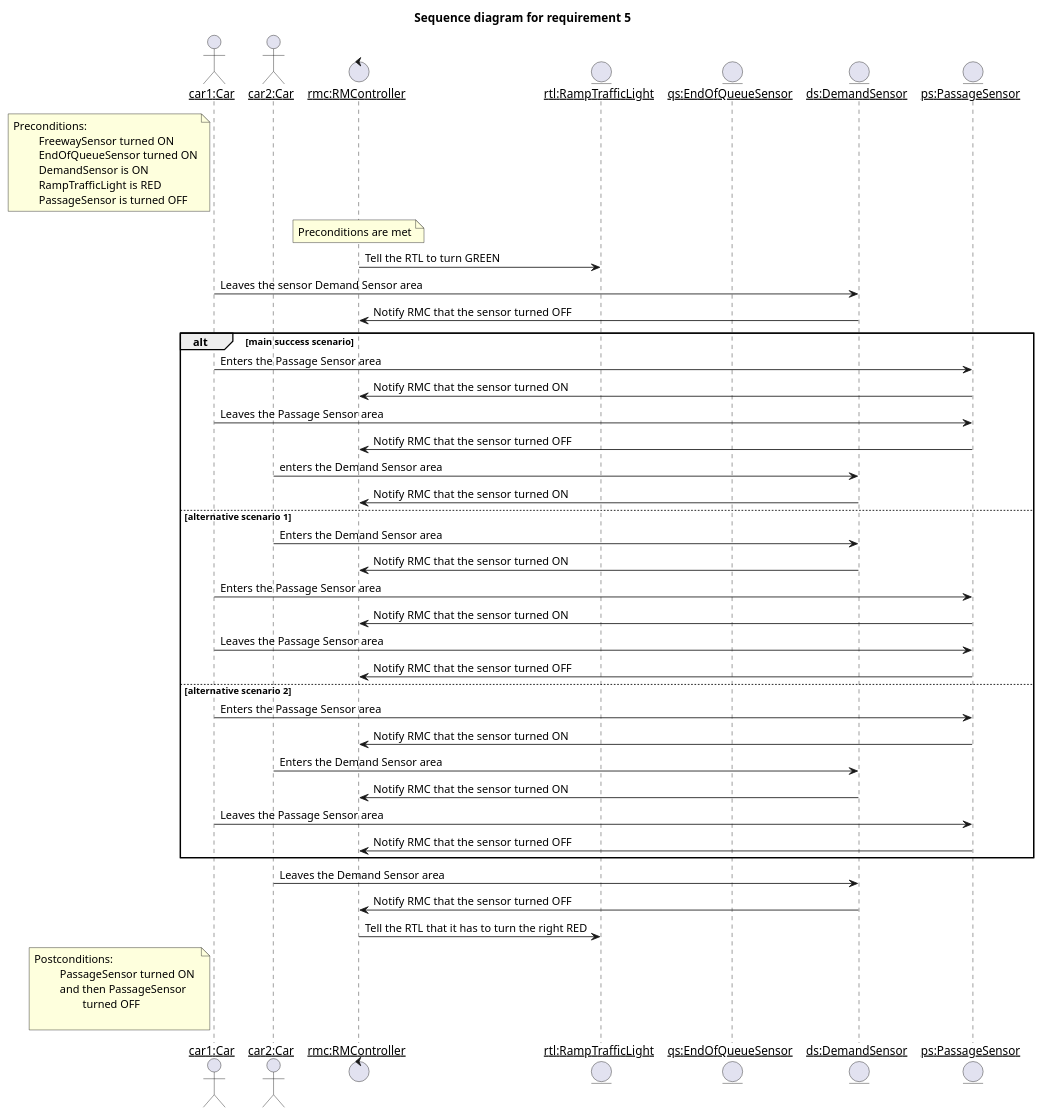
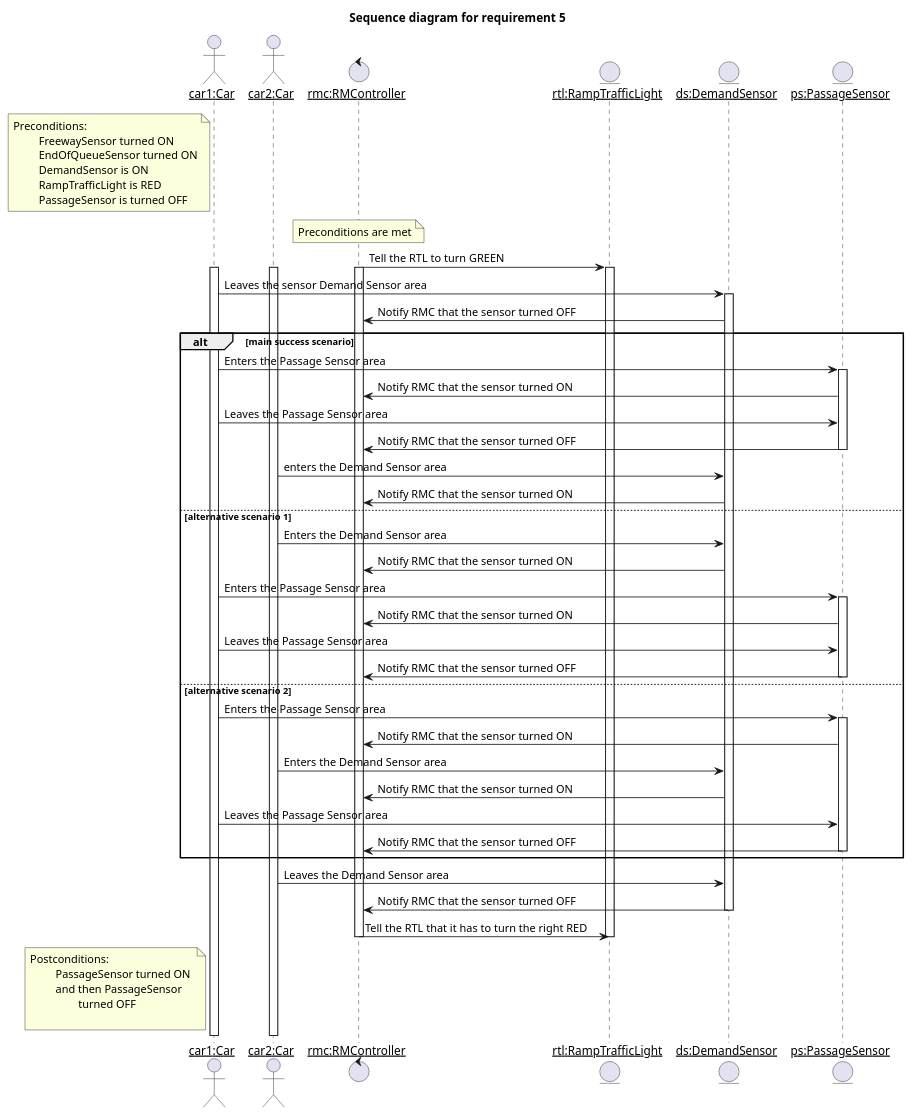
The diagram in 01_RequirementsChecking/diagrams/sequence_diagram_req5.puml (MaksimKarnaukh/MoSIS), drawn with PlantUML before and after one commit.

```diff
--- a/01_RequirementsChecking/diagrams/sequence_diagram_req5.puml
+++ b/01_RequirementsChecking/diagrams/sequence_diagram_req5.puml
@@ -1,66 +1,80 @@
 @startuml
 skinparam sequenceParticipant underline
 
 '5) When the FS is ON and the QS is ON,
 'if DS is turned ON, it indicates intense traffic over the ramp.
 'In this scenario, two cars must cross the TL before it turns RED.
 'Then, set TL to GREEN. After DS is OFF, ON and OFF (two cars),
 'turn TL to RED.
 
 title "Sequence diagram for requirement 5"
 
 actor "car1:Car" as Car1
 actor "car2:Car" as Car2
 
 control "rmc:RMController" as RMC
 entity "rtl:RampTrafficLight" as RTL
-entity "qs:EndOfQueueSensor" as QS
+'entity "qs:EndOfQueueSensor" as QS
 entity "ds:DemandSensor" as DS
 entity "ps:PassageSensor" as PS
 
 
 note left of Car1: Preconditions:\n\t FreewaySensor turned ON\n\t EndOfQueueSensor turned ON\n\t DemandSensor is ON\n\t RampTrafficLight is RED\n\t PassageSensor is turned OFF
 
 'below commented lines not explicitly needed because they are part of the preconditions
 'FS -> RMC: on
 'QS -> RMC: on
 'DS -> RMC: on
 
 note over RMC: Preconditions are met
 RMC -> RTL: Tell the RTL to turn GREEN
+Activate RTL
+Activate Car1
+Activate Car2
+Activate RMC
 
 Car1 -> DS: Leaves the sensor Demand Sensor area
+Activate DS
 DS -> RMC: Notify RMC that the sensor turned OFF
 
 alt main success scenario
     Car1 -> PS: Enters the Passage Sensor area
+    Activate PS
     PS -> RMC: Notify RMC that the sensor turned ON
     Car1 -> PS: Leaves the Passage Sensor area
     PS -> RMC: Notify RMC that the sensor turned OFF
+    Deactivate PS
     Car2 -> DS: enters the Demand Sensor area
     DS -> RMC: Notify RMC that the sensor turned ON
 else alternative scenario 1
     Car2 -> DS: Enters the Demand Sensor area
     DS -> RMC: Notify RMC that the sensor turned ON
     Car1 -> PS: Enters the Passage Sensor area
+    Activate PS
     PS -> RMC: Notify RMC that the sensor turned ON
     Car1 -> PS: Leaves the Passage Sensor area
     PS -> RMC: Notify RMC that the sensor turned OFF
+    Deactivate PS
 else alternative scenario 2
     Car1 -> PS: Enters the Passage Sensor area
+    Activate PS
     PS -> RMC: Notify RMC that the sensor turned ON
     Car2 -> DS: Enters the Demand Sensor area
     DS -> RMC: Notify RMC that the sensor turned ON
     Car1 -> PS: Leaves the Passage Sensor area
     PS -> RMC: Notify RMC that the sensor turned OFF
+    Deactivate PS
 end
 
 
 Car2 -> DS: Leaves the Demand Sensor area
 DS -> RMC: Notify RMC that the sensor turned OFF
+Deactivate DS
 
 RMC -> RTL: Tell the RTL that it has to turn the right RED
+Deactivate RMC
+Deactivate RTL
 
 note left of Car1: Postconditions:\n\t PassageSensor turned ON \n\t and then PassageSensor \n\t\t turned OFF\n\t
 
 @enduml
```
